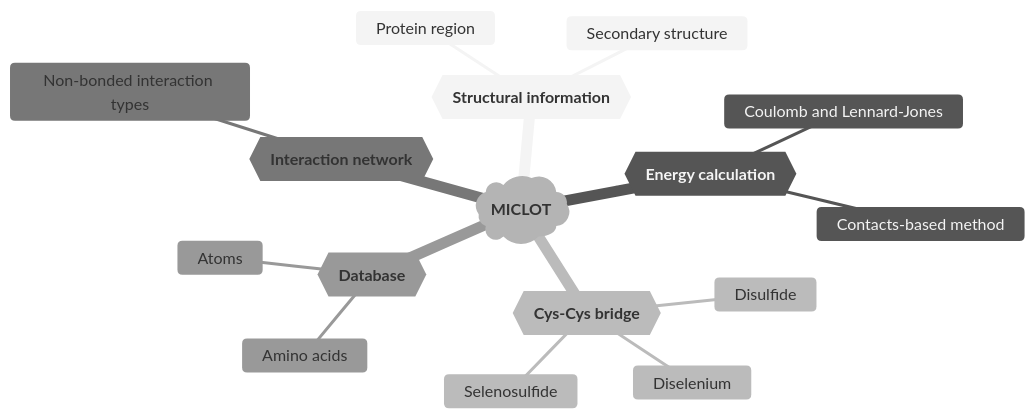
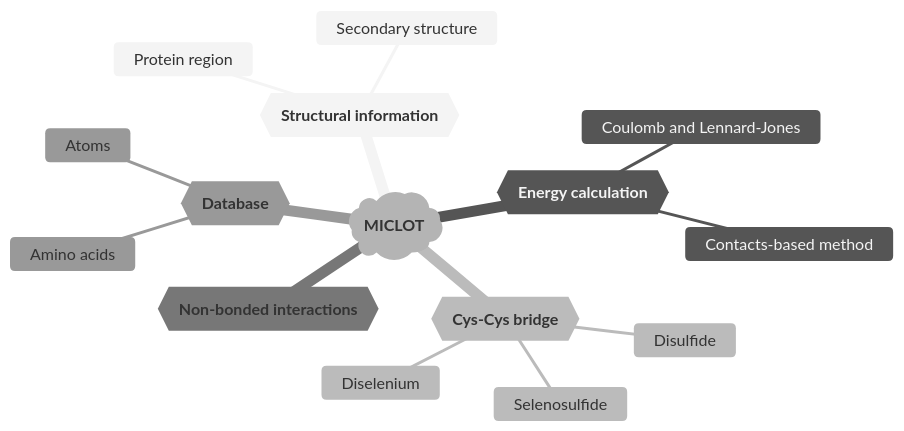
One commit to TMiclot/MICLOT changed the diagram in README.md. Above: the diagram before and after it, drawn with Mermaid (neutral theme). The commit also changed other lines of this file, not shown here.

````diff
--- a/README.md
+++ b/README.md
@@ -21,19 +20,18 @@
 ```mermaid
 mindmap
     root)**MICLOT**(
         id{{**Structural information**}}
             Protein region
             Secondary structure
         id{{**Energy calculation**}}
             Contacts-based method
             Coulomb and Lennard-Jones
         id{{**Cys-Cys bridge**}}
             Disulfide
             Diselenium
             Selenosulfide
-        id{{**Interaction network**}}
-            Non-bonded interaction types
+        id{{**Non-bonded interactions**}}
         id{{**Database**}}
             Amino acids
             Atoms
 ```
````
